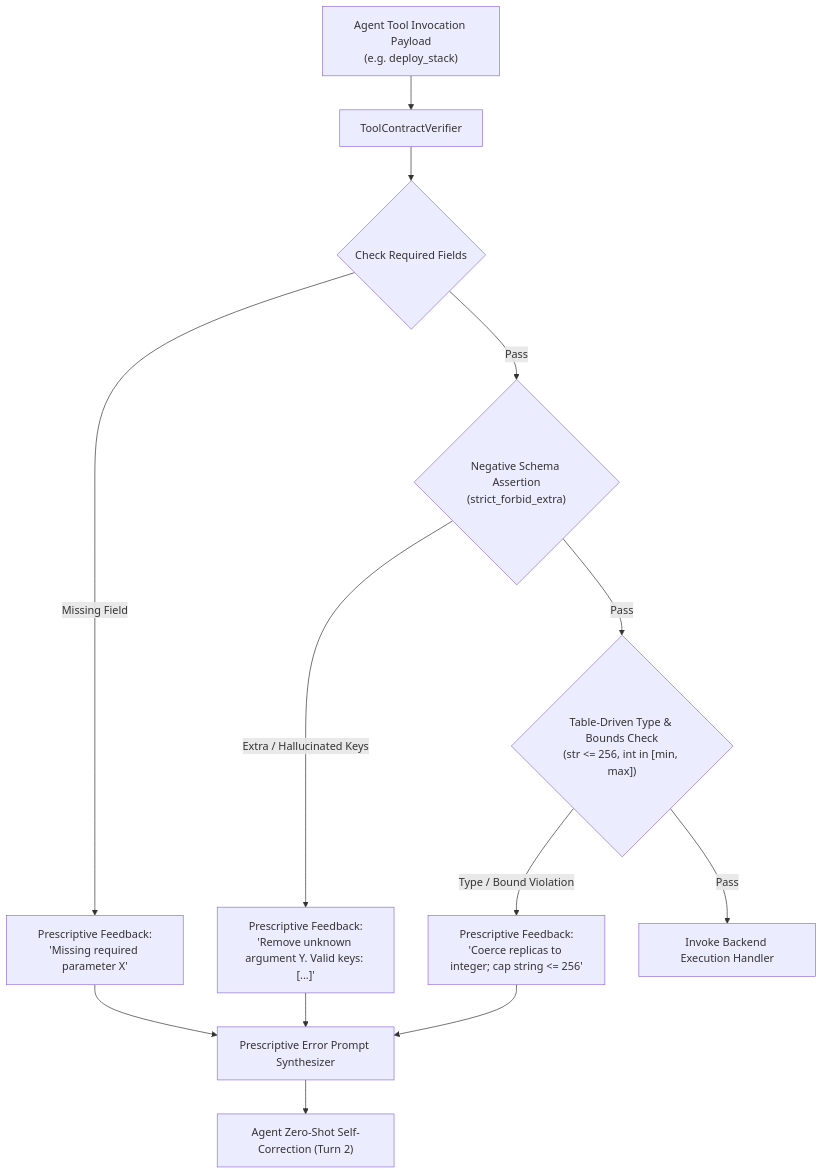
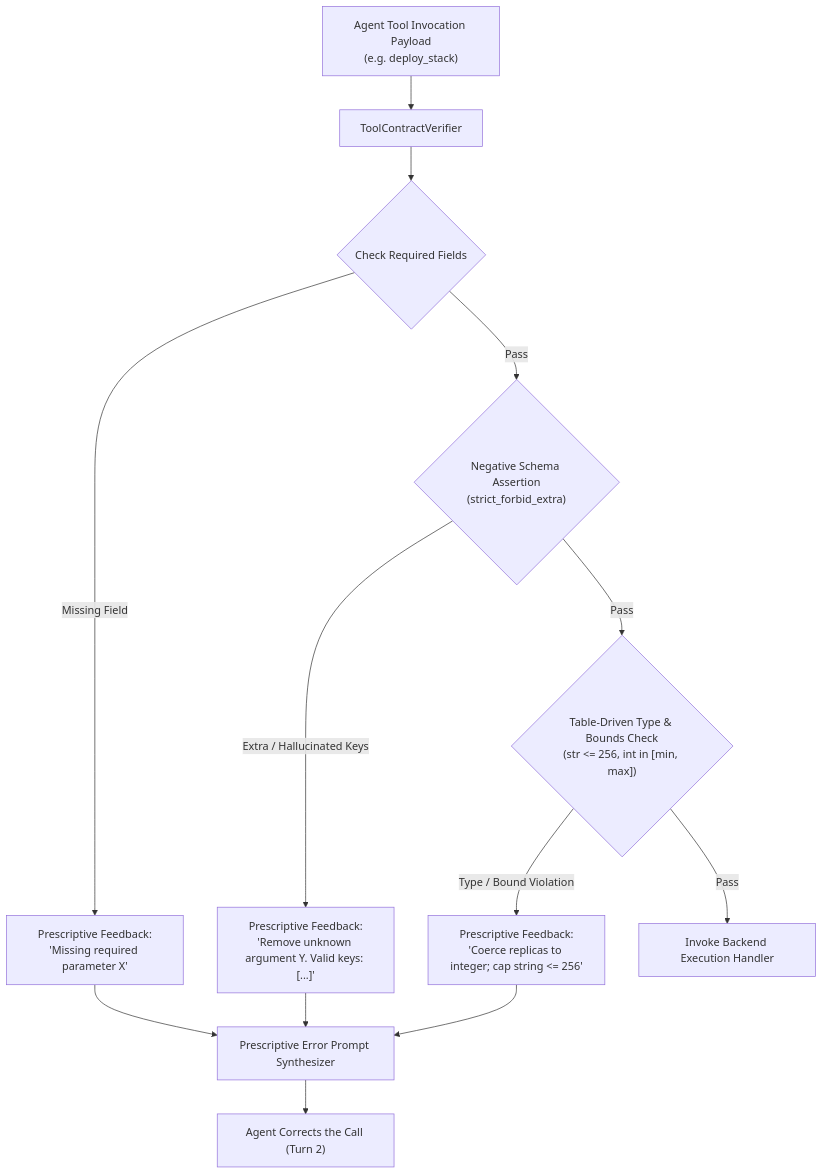
Before and after one commit to dan-petty/vibes: the diagram in observations/devops-cli/10-negative-tool-contract-assertions-and-prescriptive-prompt-synthesis.md, drawn with Mermaid. The commit also changed other lines of this file and 248 other files, not shown here.

````diff
--- a/observations/devops-cli/10-negative-tool-contract-assertions-and-prescriptive-prompt-synthesis.md
+++ b/observations/devops-cli/10-negative-tool-contract-assertions-and-prescriptive-prompt-synthesis.md
@@ -30,16 +30,16 @@
 ```mermaid
 flowchart TD
     LLM["Agent Tool Invocation Payload<br/>(e.g. deploy_stack)"] --> Gate["ToolContractVerifier"]
     Gate --> Check1{"Check Required Fields"}
     Check1 -->|Missing Field| Err1["Prescriptive Feedback:<br/>'Missing required parameter X'"]
     Check1 -->|Pass| Check2{"Negative Schema Assertion<br/>(strict_forbid_extra)"}
     Check2 -->|Extra / Hallucinated Keys| Err2["Prescriptive Feedback:<br/>'Remove unknown argument Y. Valid keys: [...]'"]
     Check2 -->|Pass| Check3{"Table-Driven Type & Bounds Check<br/>(str <= 256, int in [min, max])"}
     Check3 -->|Type / Bound Violation| Err3["Prescriptive Feedback:<br/>'Coerce replicas to integer; cap string <= 256'"]
     Check3 -->|Pass| Exec["Invoke Backend Execution Handler"]
 
     Err1 --> Synth["Prescriptive Error Prompt Synthesizer"]
     Err2 --> Synth
     Err3 --> Synth
-    Synth --> ZeroShot["Agent Zero-Shot Self-Correction (Turn 2)"]
+    Synth --> ZeroShot["Agent Corrects the Call (Turn 2)"]
 ```
````
